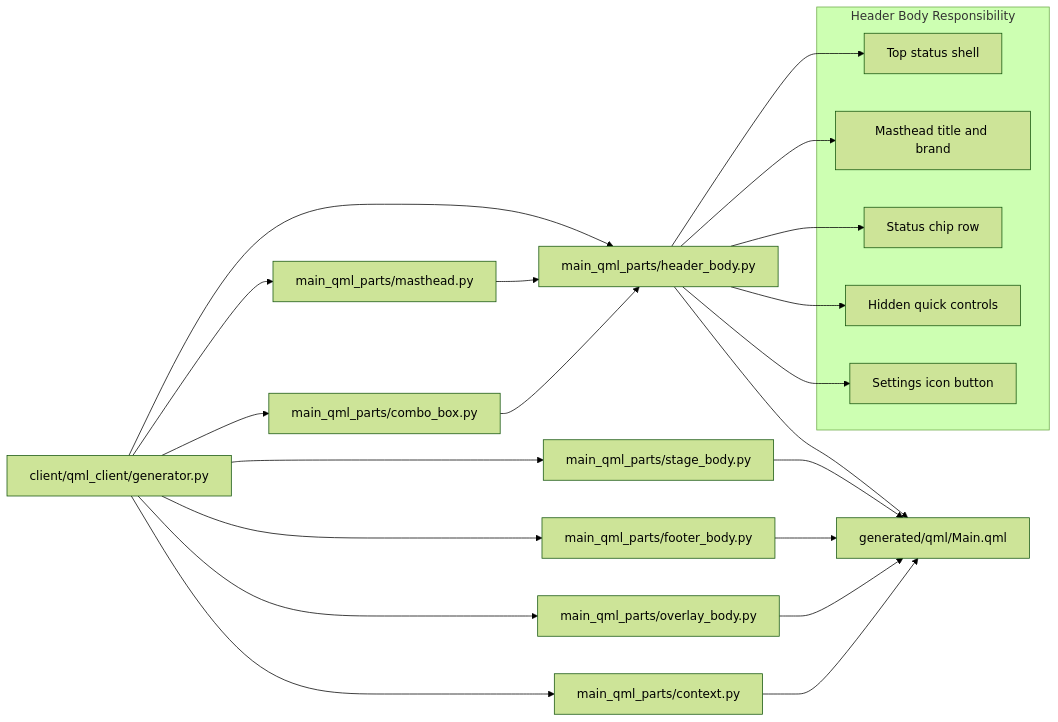
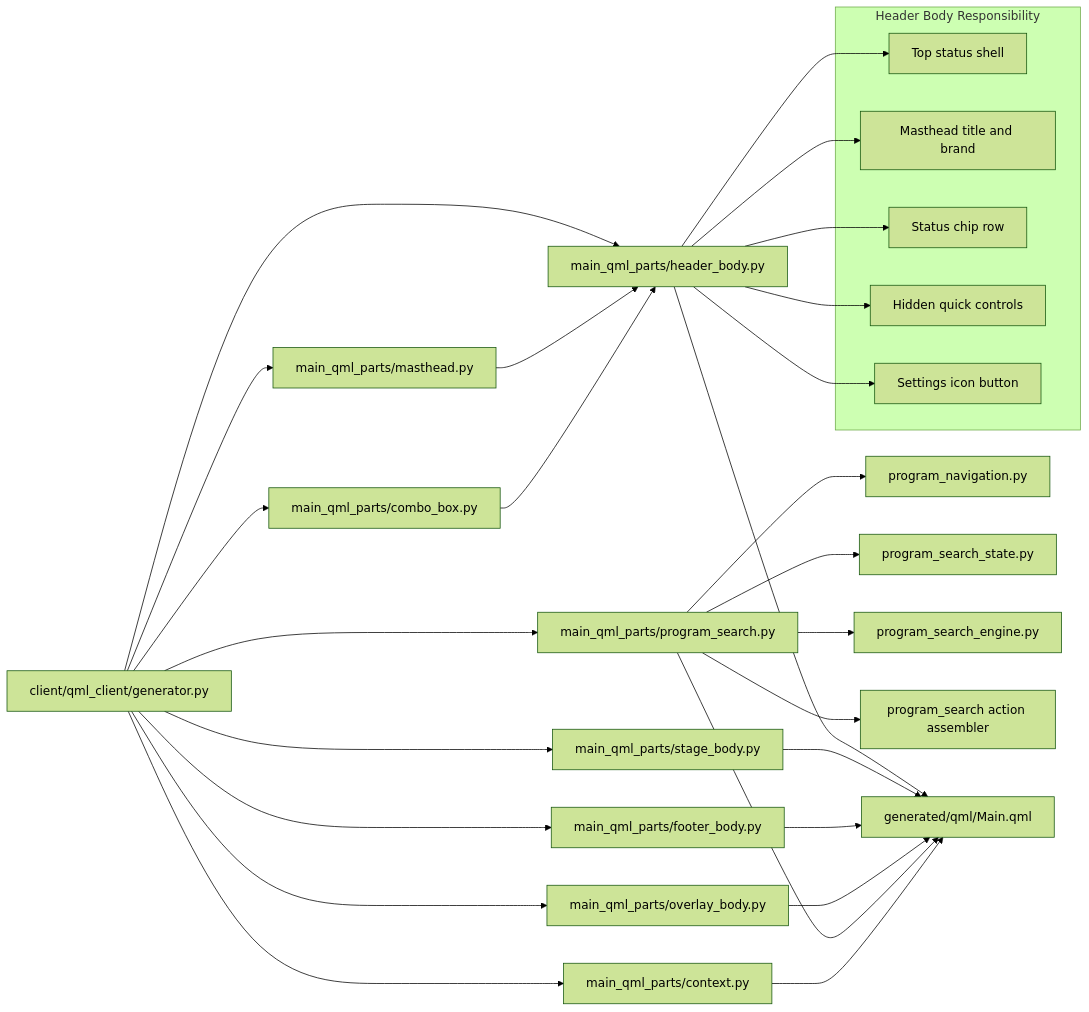
The diagram in 2026-05-11-codex-session/architecture-diagram.md (luppiterw/metanc_hmi_dsl_reports), drawn with Mermaid (forest theme) before and after one commit. The commit also changed 15 other files, not shown here.

Commit message:
docs: refresh 2026-05-11 QML program search report

````diff
--- a/2026-05-11-codex-session/architecture-diagram.md
+++ b/2026-05-11-codex-session/architecture-diagram.md
@@ -3,32 +3,38 @@
 ```mermaid
 flowchart LR
     G[client/qml_client/generator.py]
     G --> H[main_qml_parts/header_body.py]
     G --> S[main_qml_parts/stage_body.py]
     G --> F[main_qml_parts/footer_body.py]
     G --> O[main_qml_parts/overlay_body.py]
     G --> C[main_qml_parts/context.py]
     G --> M[main_qml_parts/masthead.py]
     G --> CB[main_qml_parts/combo_box.py]
+    G --> PS[main_qml_parts/program_search.py]
+    PS --> PN[program_navigation.py]
+    PS --> PSS[program_search_state.py]
+    PS --> PSE[program_search_engine.py]
+    PS --> PSA[program_search action assembler]
     H --> QML[generated/qml/Main.qml]
     S --> QML
     F --> QML
     O --> QML
+    PS --> QML
     C --> QML
     M --> H
     CB --> H
 
     subgraph Header Body Responsibility
         H1[Top status shell]
         H2[Masthead title and brand]
         H3[Status chip row]
         H4[Hidden quick controls]
         H5[Settings icon button]
     end
 
     H --> H1
     H --> H2
     H --> H3
     H --> H4
     H --> H5
 ```
````
